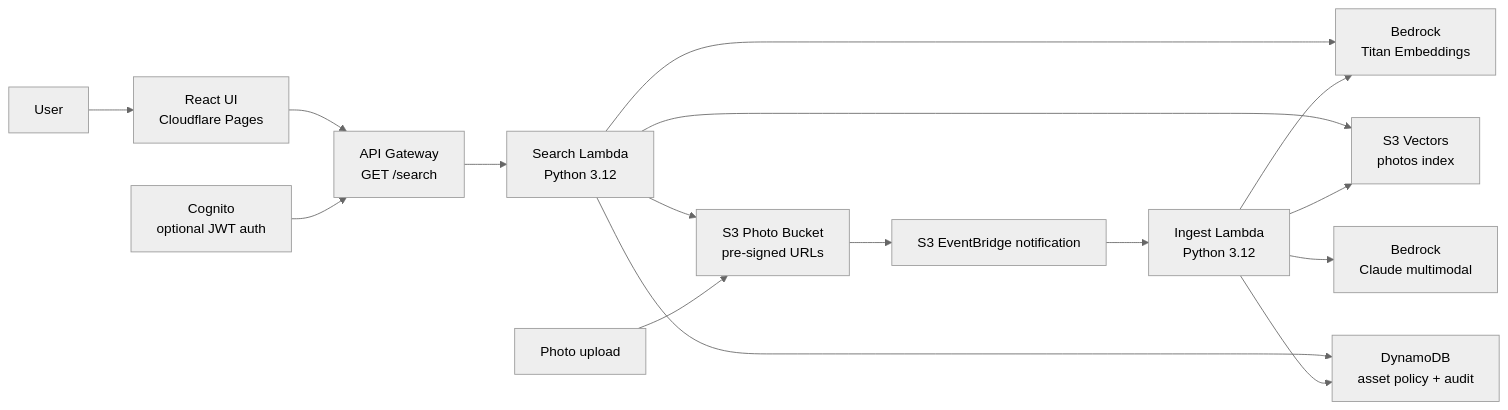
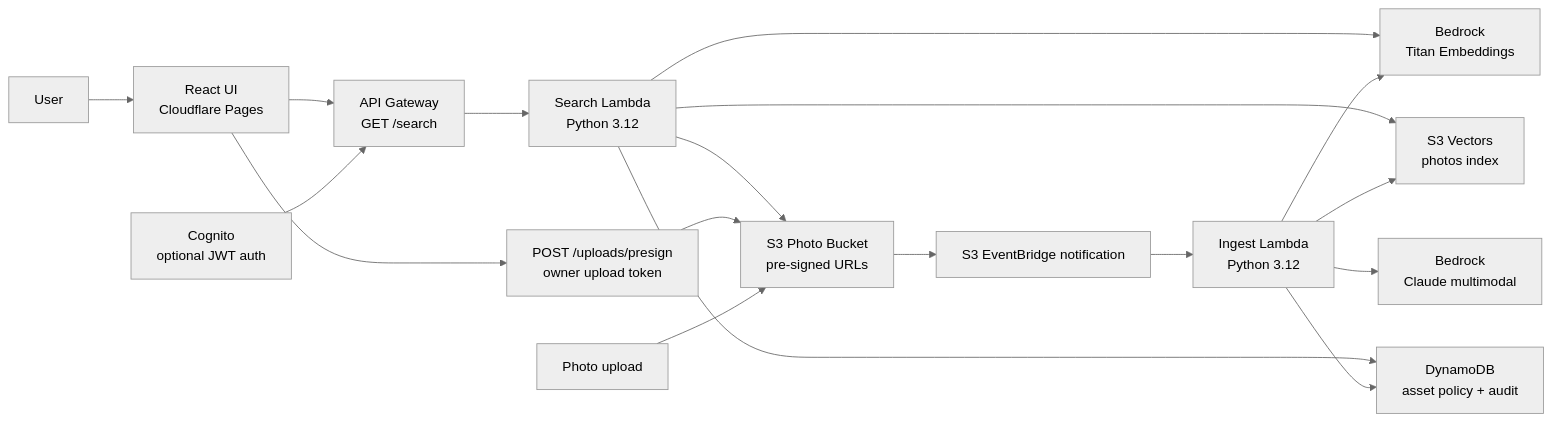
Before and after one commit to manynames3/photoscribe-ai: the diagram in README.md, drawn with Mermaid (neutral theme). The commit also changed other lines of this file and 16 other files, not shown here.

````diff
--- a/README.md
+++ b/README.md
@@ -89,19 +90,21 @@
 ```mermaid
 flowchart LR
     user["User"] --> ui["React UI<br/>Cloudflare Pages"]
     ui --> api["API Gateway<br/>GET /search"]
     api --> search["Search Lambda<br/>Python 3.12"]
     auth["Cognito<br/>optional JWT auth"] --> api
     search --> embed["Bedrock<br/>Titan Embeddings"]
     search --> vectors["S3 Vectors<br/>photos index"]
     search --> photos["S3 Photo Bucket<br/>pre-signed URLs"]
     search --> governance["DynamoDB<br/>asset policy + audit"]
+    ui --> upload["POST /uploads/presign<br/>owner upload token"]
+    upload --> photos
 
     uploader["Photo upload"] --> photos
     photos --> events["S3 EventBridge notification"]
     events --> ingest["Ingest Lambda<br/>Python 3.12"]
     ingest --> claude["Bedrock<br/>Claude multimodal"]
     ingest --> embed
     ingest --> vectors
     ingest --> governance
 ```
````
